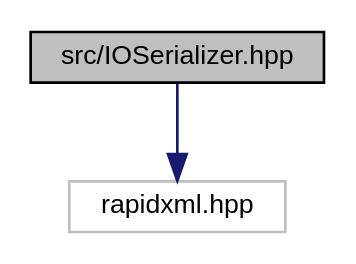
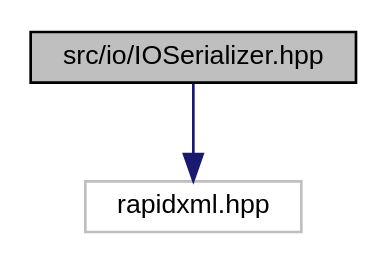
One commit to Wisteca/FilRougeDoc changed the diagram in _i_o_serializer_8hpp__incl.dot. Above: the diagram before and after it, drawn with Graphviz. The commit also changed 194 other files, not shown here.

```diff
--- a/_i_o_serializer_8hpp__incl.dot
+++ b/_i_o_serializer_8hpp__incl.dot
@@ -1,9 +1,9 @@
-digraph "src/IOSerializer.hpp"
+digraph "src/io/IOSerializer.hpp"
 {
  // LATEX_PDF_SIZE
   edge [fontname="Helvetica",fontsize="10",labelfontname="Helvetica",labelfontsize="10"];
   node [fontname="Helvetica",fontsize="10",shape=record];
-  Node1 [label="src/IOSerializer.hpp",height=0.2,width=0.4,color="black", fillcolor="grey75", style="filled", fontcolor="black",tooltip="Interface each class that can be serialized/deserialized from a xml file must implement."];
+  Node1 [label="src/io/IOSerializer.hpp",height=0.2,width=0.4,color="black", fillcolor="grey75", style="filled", fontcolor="black",tooltip="Interface each class that can be serialized/deserialized from a xml file must implement."];
   Node1 -> Node2 [color="midnightblue",fontsize="10",style="solid",fontname="Helvetica"];
   Node2 [label="rapidxml.hpp",height=0.2,width=0.4,color="grey75", fillcolor="white", style="filled",tooltip=" "];
 }
```
